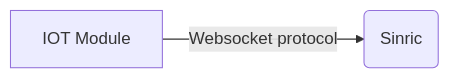
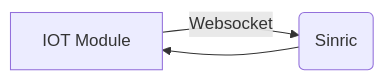
Before and after one commit to kakopappa/sinric-pro-help: the diagram in protocol/messaging-overview.md, drawn with Mermaid. The commit also changed other lines of this file, not shown here.

Commit message:
protocol/messaging-overview.md updated from https://stackedit.io/

````diff
--- a/protocol/messaging-overview.md
+++ b/protocol/messaging-overview.md
@@ -22,4 +22,5 @@
 ```mermaid
 graph LR
-A[IOT Module] -- Websocket protocol --> B(Sinric)
+A[IOT Module] -- Websocket --> B(Sinric)
+B(Sinric) --> A
 ```
````
